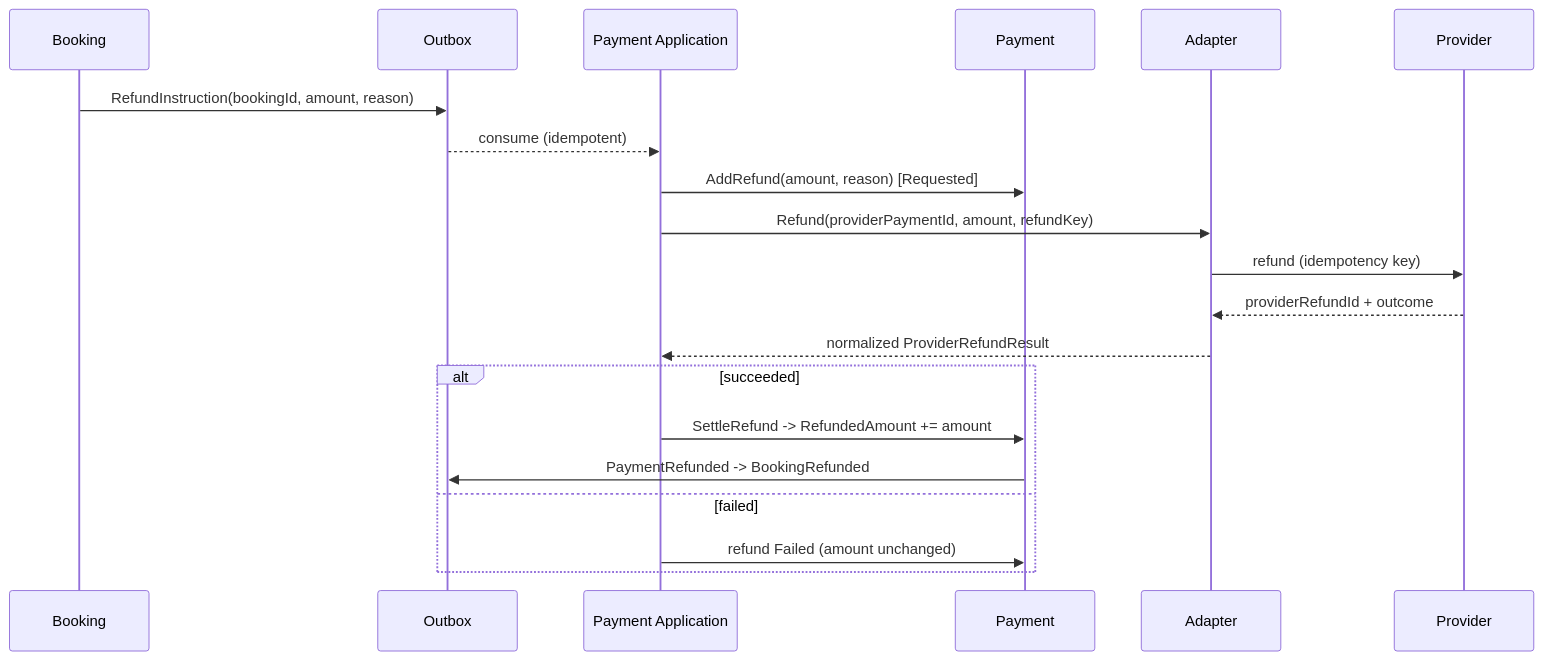
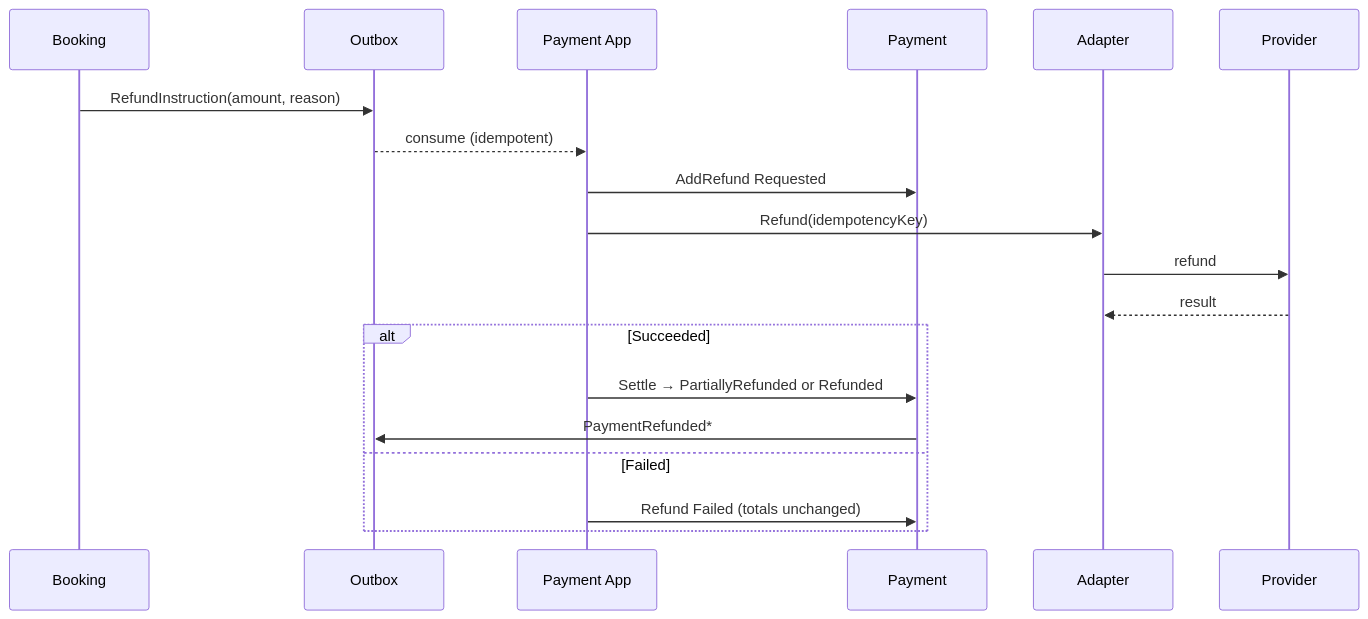
The diagram in docs/payment/07-refund-strategy.md (mrad-ibra/eHub-platform), drawn with Mermaid before and after one commit. The commit also changed other lines of this file and 15 other files, not shown here.

First line of the commit message:
Finalize Payment Architecture Pack for review

````diff
--- a/docs/payment/07-refund-strategy.md
+++ b/docs/payment/07-refund-strategy.md
@@ -72,23 +57,22 @@
 ```mermaid
 sequenceDiagram
   participant Booking
   participant Outbox
-  participant PayApp as Payment Application
+  participant PayApp as Payment App
   participant Payment
   participant Adapter
   participant Provider
 
-  Booking->>Outbox: RefundInstruction(bookingId, amount, reason)
+  Booking->>Outbox: RefundInstruction(amount, reason)
   Outbox-->>PayApp: consume (idempotent)
-  PayApp->>Payment: AddRefund(amount, reason) [Requested]
-  PayApp->>Adapter: Refund(providerPaymentId, amount, refundKey)
-  Adapter->>Provider: refund (idempotency key)
-  Provider-->>Adapter: providerRefundId + outcome
-  Adapter-->>PayApp: normalized ProviderRefundResult
-  alt succeeded
-    PayApp->>Payment: SettleRefund -> RefundedAmount += amount
-    Payment->>Outbox: PaymentRefunded -> BookingRefunded
-  else failed
-    PayApp->>Payment: refund Failed (amount unchanged)
+  PayApp->>Payment: AddRefund Requested
+  PayApp->>Adapter: Refund(idempotencyKey)
+  Adapter->>Provider: refund
+  Provider-->>Adapter: result
+  alt Succeeded
+    PayApp->>Payment: Settle → PartiallyRefunded or Refunded
+    Payment->>Outbox: PaymentRefunded*
+  else Failed
+    PayApp->>Payment: Refund Failed (totals unchanged)
   end
 ```
````
